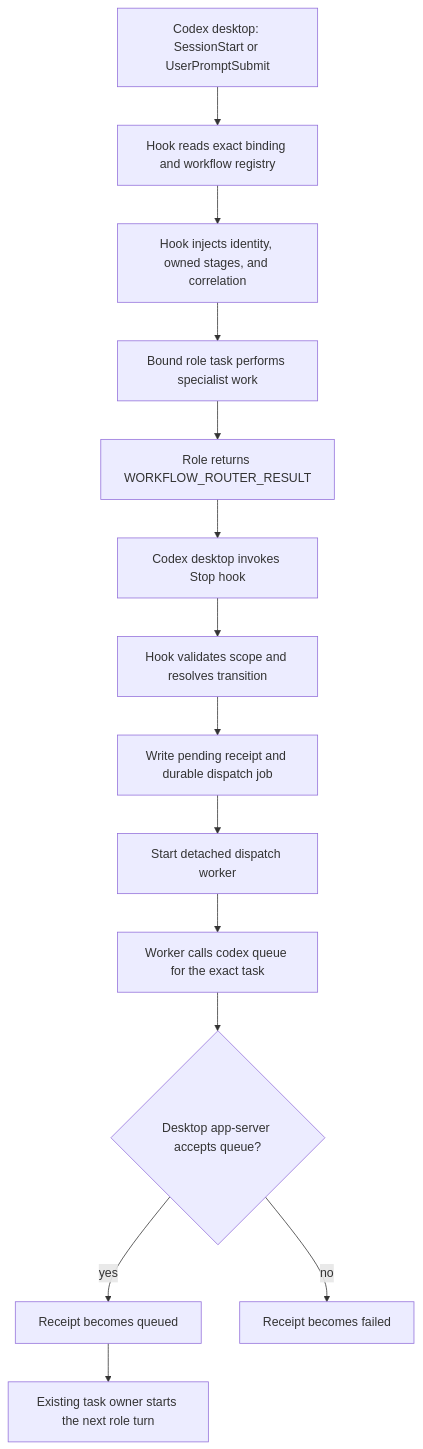
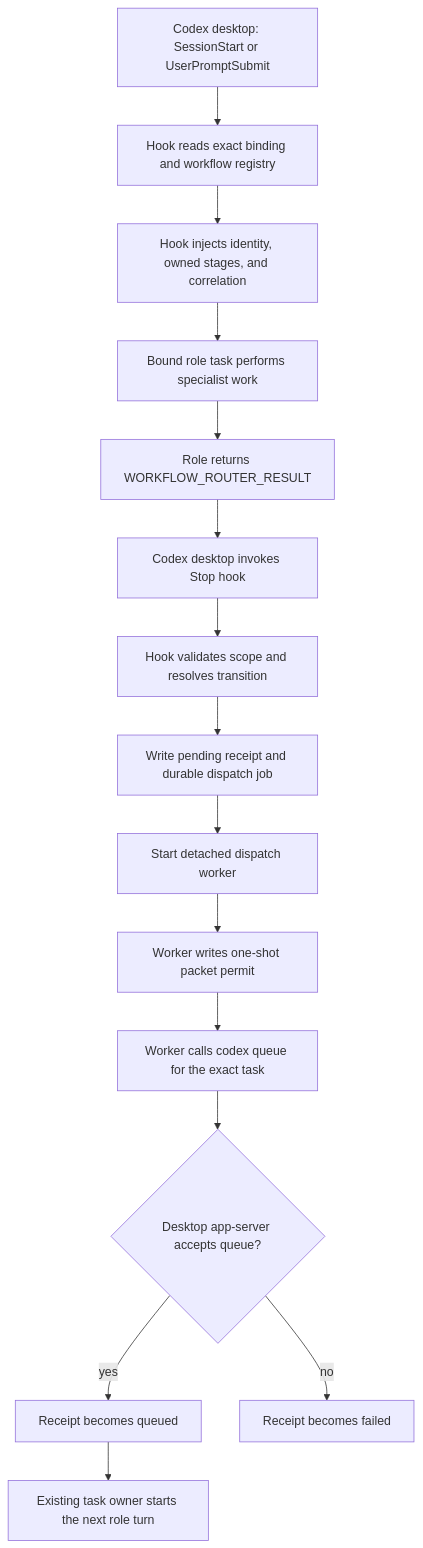
Before and after one commit to starodubtsevconsulting/ai-fleas: the second of 2 diagrams in platforms/gpt-agents/plugins/ai-fleas-workflow-router/docs/architecture.md, drawn with Mermaid. The commit also changed other lines of this file and 27 other files, not shown here.

````diff
--- a/platforms/gpt-agents/plugins/ai-fleas-workflow-router/docs/architecture.md
+++ b/platforms/gpt-agents/plugins/ai-fleas-workflow-router/docs/architecture.md
@@ -54,21 +54,22 @@
 ```mermaid
 flowchart TD
     A[Codex desktop: SessionStart or UserPromptSubmit]
     B[Hook reads exact binding and workflow registry]
     C[Hook injects identity, owned stages, and correlation]
     D[Bound role task performs specialist work]
     E[Role returns WORKFLOW_ROUTER_RESULT]
     F[Codex desktop invokes Stop hook]
     G[Hook validates scope and resolves transition]
     H[Write pending receipt and durable dispatch job]
     I[Start detached dispatch worker]
-    J[Worker calls codex queue for the exact task]
+    J[Worker writes one-shot packet permit]
+    J2[Worker calls codex queue for the exact task]
     K{Desktop app-server accepts queue?}
     L[Receipt becomes queued]
     M[Receipt becomes failed]
     N[Existing task owner starts the next role turn]
 
-    A --> B --> C --> D --> E --> F --> G --> H --> I --> J --> K
+    A --> B --> C --> D --> E --> F --> G --> H --> I --> J --> J2 --> K
     K -->|yes| L --> N
     K -->|no| M
 ```
````
